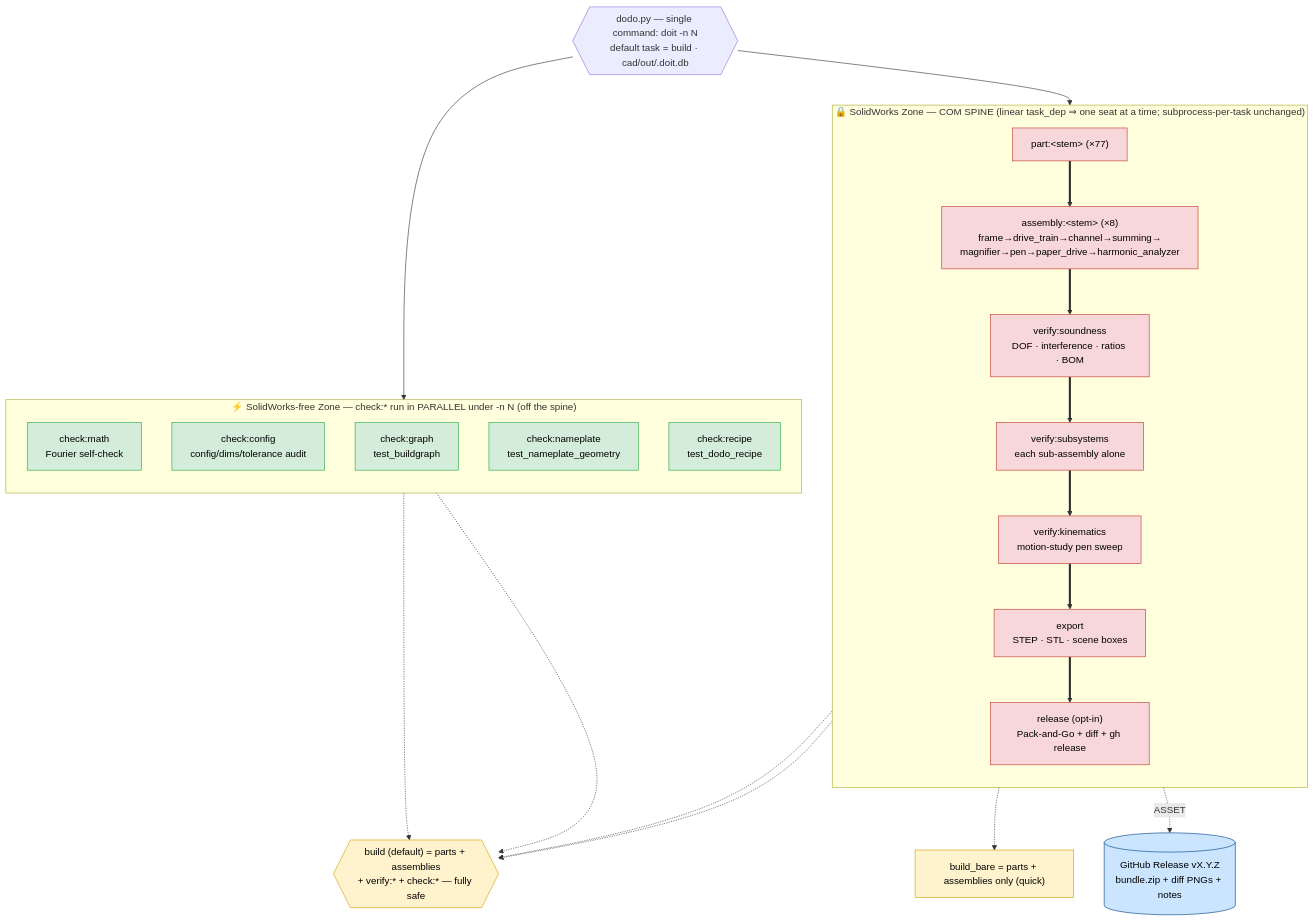
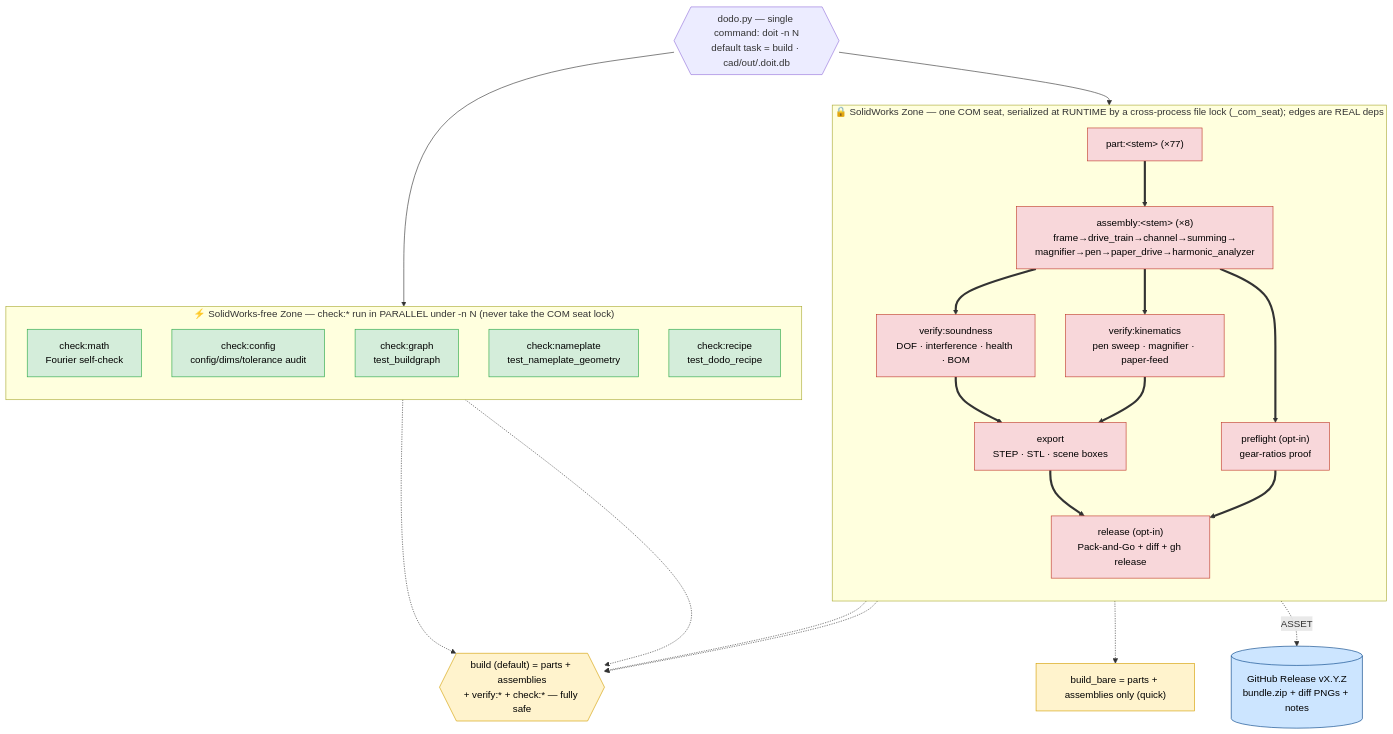
The diagram in docs/pipeline/build_flow_target.mmd (pedropaulovc/harmonic-analyzer), drawn with Mermaid before and after one commit. The commit also changed 15 other files, not shown here.

```diff
--- a/docs/pipeline/build_flow_target.mmd
+++ b/docs/pipeline/build_flow_target.mmd
@@ -1,45 +1,47 @@
 flowchart TD
     DOIT{{"dodo.py — single command: doit -n N<br/>default task = build · cad/out/.doit.db"}}
 
-    subgraph COM["🔒 SolidWorks Zone — COM SPINE (linear task_dep ⇒ one seat at a time; subprocess-per-task unchanged)"]
+    subgraph COM["🔒 SolidWorks Zone — one COM seat, serialized at RUNTIME by a cross-process file lock (_com_seat); edges are REAL deps"]
         direction TB
         PART["part:&lt;stem&gt; (×77)"] ==> ASM["assembly:&lt;stem&gt; (×8)<br/>frame→drive_train→channel→summing→<br/>magnifier→pen→paper_drive→harmonic_analyzer"]
-        ASM ==> VS["verify:soundness<br/>DOF · interference · ratios · BOM"]
-        VS ==> VSUB["verify:subsystems<br/>each sub-assembly alone"]
-        VSUB ==> VKIN["verify:kinematics<br/>motion-study pen sweep"]
-        VKIN ==> EXP["export<br/>STEP · STL · scene boxes"]
+        ASM ==> VS["verify:soundness<br/>DOF · interference · health · BOM"]
+        ASM ==> VKIN["verify:kinematics<br/>pen sweep · magnifier · paper-feed"]
+        ASM ==> PRE["preflight (opt-in)<br/>gear-ratios proof"]
+        VS ==> EXP["export<br/>STEP · STL · scene boxes"]
+        VKIN ==> EXP
         EXP ==> REL["release (opt-in)<br/>Pack-and-Go + diff + gh release"]
+        PRE ==> REL
     end
 
     DOIT --> PART
 
-    subgraph CPU["⚡ SolidWorks-free Zone — check:* run in PARALLEL under -n N (off the spine)"]
+    subgraph CPU["⚡ SolidWorks-free Zone — check:* run in PARALLEL under -n N (never take the COM seat lock)"]
         direction TB
         CM["check:math<br/>Fourier self-check"]
         CC["check:config<br/>config/dims/tolerance audit"]
         CG["check:graph<br/>test_buildgraph"]
         CN["check:nameplate<br/>test_nameplate_geometry"]
         CR["check:recipe<br/>test_dodo_recipe"]
     end
 
     DOIT --> CM
 
     %% build = every part + assembly + every gate (the one safe entry)
     BUILD{{"build (default) = parts + assemblies<br/>+ verify:* + check:* — fully safe"}}
     ASM -.-> BUILD
     VKIN -.-> BUILD
     CM -.-> BUILD
     CR -.-> BUILD
     BBARE["build_bare = parts + assemblies only (quick)"]
     ASM -.-> BBARE
 
     REL -.->|ASSET| OUT[("GitHub Release vX.Y.Z<br/>bundle.zip + diff PNGs + notes")]
 
     classDef gate fill:#fff3cd,stroke:#d39e00,color:#000;
     classDef serial fill:#f8d7da,stroke:#c0392b,color:#000;
     classDef par fill:#d4edda,stroke:#28a745,color:#000;
     classDef asset fill:#cce5ff,stroke:#004085,color:#000;
     class BUILD,BBARE gate;
-    class PART,ASM,VS,VSUB,VKIN,EXP,REL serial;
+    class PART,ASM,VS,VKIN,PRE,EXP,REL serial;
     class CM,CC,CG,CN,CR par;
     class OUT asset;
```
